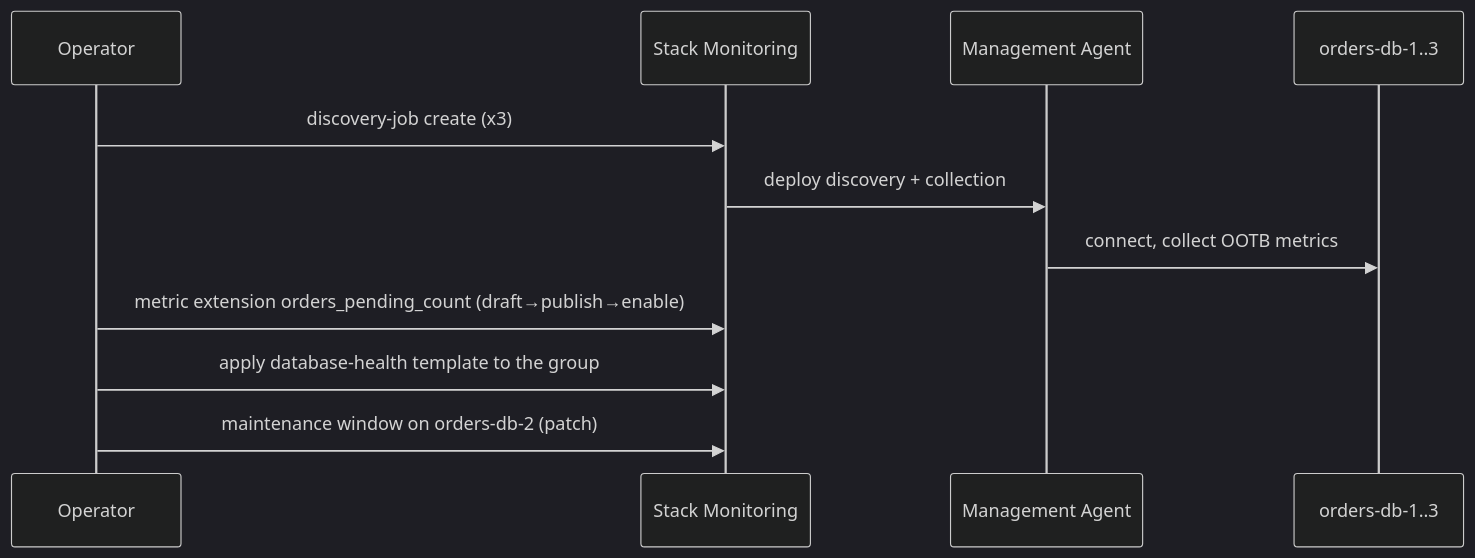
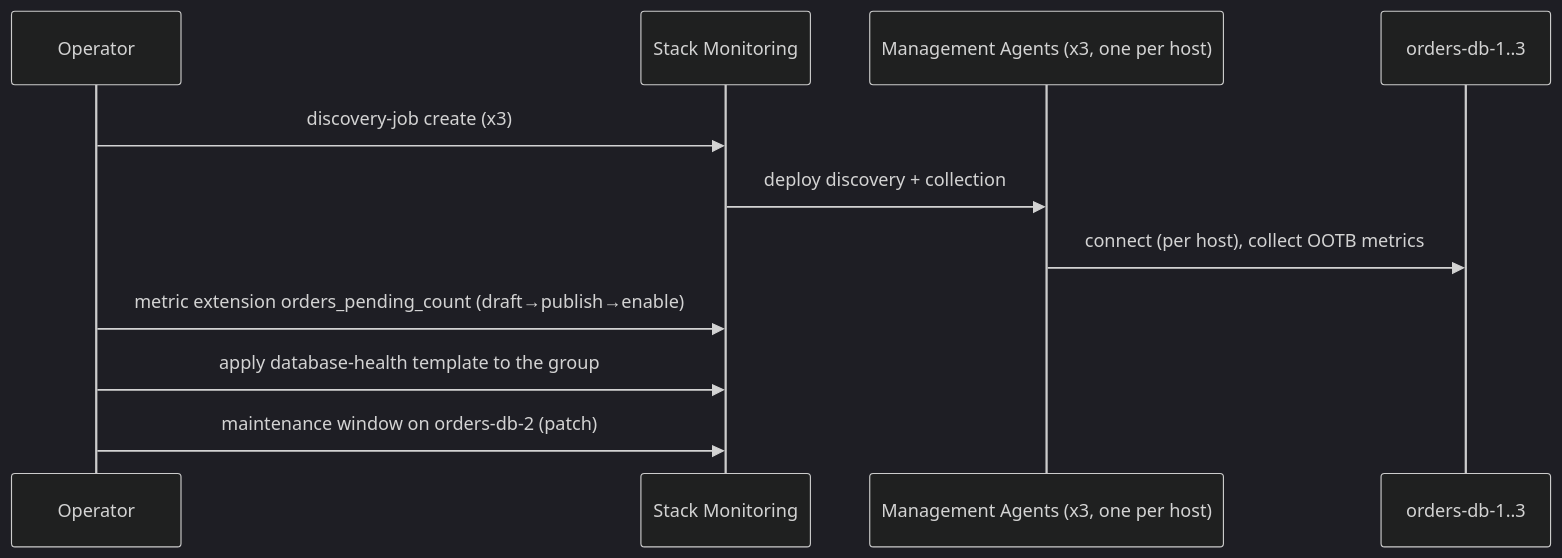
One commit to leonlnj/engineering-gym changed the third of 3 diagrams in 04-oracle/observability-professional/07-stack-monitoring.md. Above: the diagram before and after it, drawn with Mermaid (dark theme). The commit also changed other lines of this file and 10 other files, not shown here.

````diff
--- a/04-oracle/observability-professional/07-stack-monitoring.md
+++ b/04-oracle/observability-professional/07-stack-monitoring.md
@@ -172,14 +200,14 @@
 ```mermaid
 sequenceDiagram
     participant OP as Operator
     participant SM as Stack Monitoring
-    participant MA as Management Agent
+    participant MA as Management Agents (x3, one per host)
     participant DB as orders-db-1..3
 
     OP->>SM: discovery-job create (x3)
     SM->>MA: deploy discovery + collection
-    MA->>DB: connect, collect OOTB metrics
+    MA->>DB: connect (per host), collect OOTB metrics
     OP->>SM: metric extension orders_pending_count (draft→publish→enable)
     OP->>SM: apply database-health template to the group
     OP->>SM: maintenance window on orders-db-2 (patch)
 ```
````
